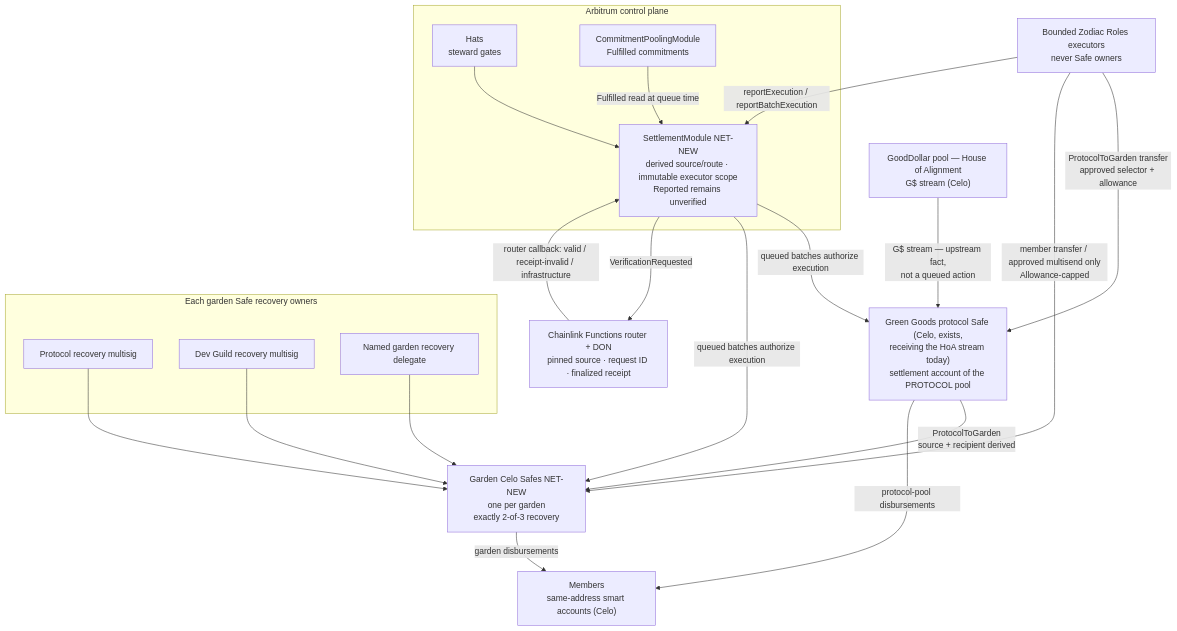
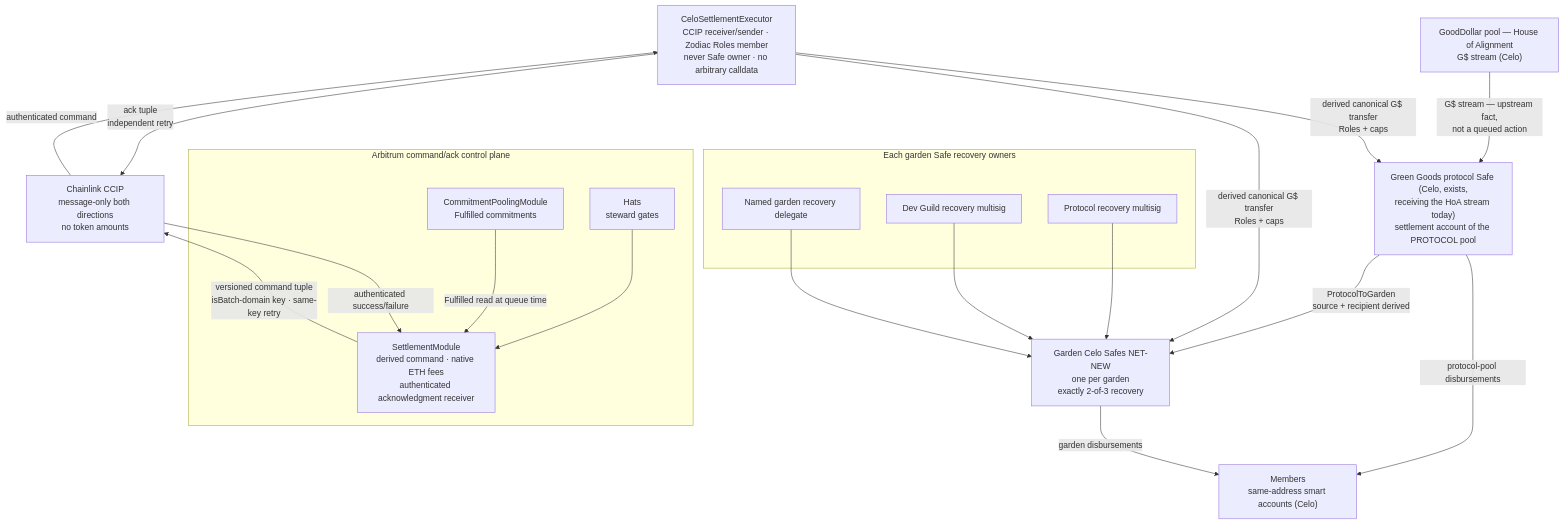
Before and after one commit to greenpill-dev-guild/green-goods: diagram 14 of 20 in .plans/active/commitment-pooling/diagrams.md, drawn with Mermaid. The commit also changed other lines of this file and 44 other files, not shown here.

Commit message:
docs(contracts): freeze CCIP settlement architecture

````diff
--- a/.plans/active/commitment-pooling/diagrams.md
+++ b/.plans/active/commitment-pooling/diagrams.md
@@ -781,39 +739,38 @@
 ```mermaid
 flowchart TD
   HOA["GoodDollar pool — House of Alignment<br/>G$ stream (Celo)"]
   GG["Green Goods protocol Safe (Celo, exists,<br/>receiving the HoA stream today)<br/>settlement account of the PROTOCOL pool"]
   GS["Garden Celo Safes NET-NEW<br/>one per garden<br/>exactly 2-of-3 recovery"]
   MEM["Members<br/>same-address smart accounts (Celo)"]
 
   subgraph OWN["Each garden Safe recovery owners"]
     PM["Protocol recovery multisig"]
     DM["Dev Guild recovery multisig"]
     GR["Named garden recovery delegate"]
   end
-  EX["Bounded Zodiac Roles executors<br/>never Safe owners"]
+  EXEC["CeloSettlementExecutor<br/>CCIP receiver/sender · Zodiac Roles member<br/>never Safe owner · no arbitrary calldata"]
 
-  subgraph ARB["Arbitrum control plane"]
+  subgraph ARB["Arbitrum command/ack control plane"]
     HATS["Hats<br/>steward gates"]
     CPM2["CommitmentPoolingModule<br/>Fulfilled commitments"]
-    SM["SettlementModule NET-NEW<br/>derived source/route · immutable executor scope<br/>Reported remains unverified"]
+    SM["SettlementModule<br/>derived command · native ETH fees<br/>authenticated acknowledgment receiver"]
   end
-  CL["Chainlink Functions router + DON<br/>pinned source · request ID · finalized receipt"]
+  CCIP["Chainlink CCIP<br/>message-only both directions<br/>no token amounts"]
 
   HOA -->|"G$ stream — upstream fact,<br/>not a queued action"| GG
   GG -->|"ProtocolToGarden<br/>source + recipient derived"| GS
   GG -->|"protocol-pool disbursements"| MEM
   GS -->|"garden disbursements"| MEM
 
   HATS --> SM
   CPM2 -->|"Fulfilled read at queue time"| SM
-  SM -->|"queued batches authorize execution"| GG
-  SM -->|"queued batches authorize execution"| GS
-  SM -->|"VerificationRequested"| CL
-  CL -->|"router callback: valid / receipt-invalid / infrastructure"| SM
+  SM -->|"versioned command tuple<br/>isBatch-domain key · same-key retry"| CCIP
+  CCIP -->|"authenticated command"| EXEC
+  EXEC -->|"derived canonical G$ transfer<br/>Roles + caps"| GG
+  EXEC -->|"derived canonical G$ transfer<br/>Roles + caps"| GS
+  EXEC -->|"ack tuple<br/>independent retry"| CCIP
+  CCIP -->|"authenticated success/failure"| SM
   PM --> GS
   DM --> GS
   GR --> GS
-  EX -->|"ProtocolToGarden transfer<br/>approved selector + allowance"| GG
-  EX -->|"member transfer / approved multisend only<br/>Allowance-capped"| GS
-  EX -->|"reportExecution / reportBatchExecution"| SM
 ```
````
